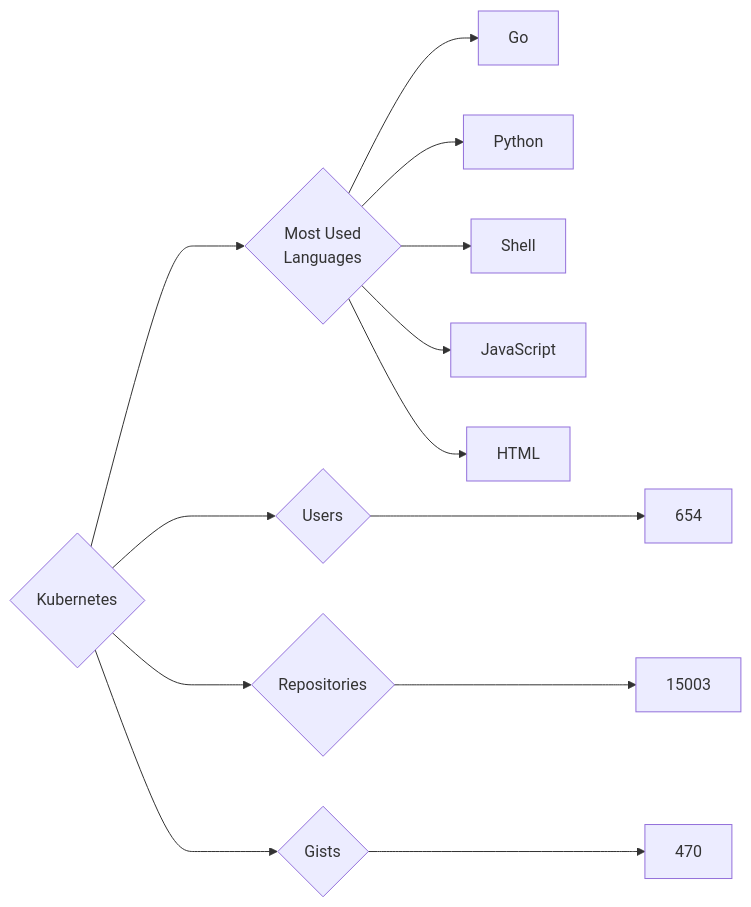
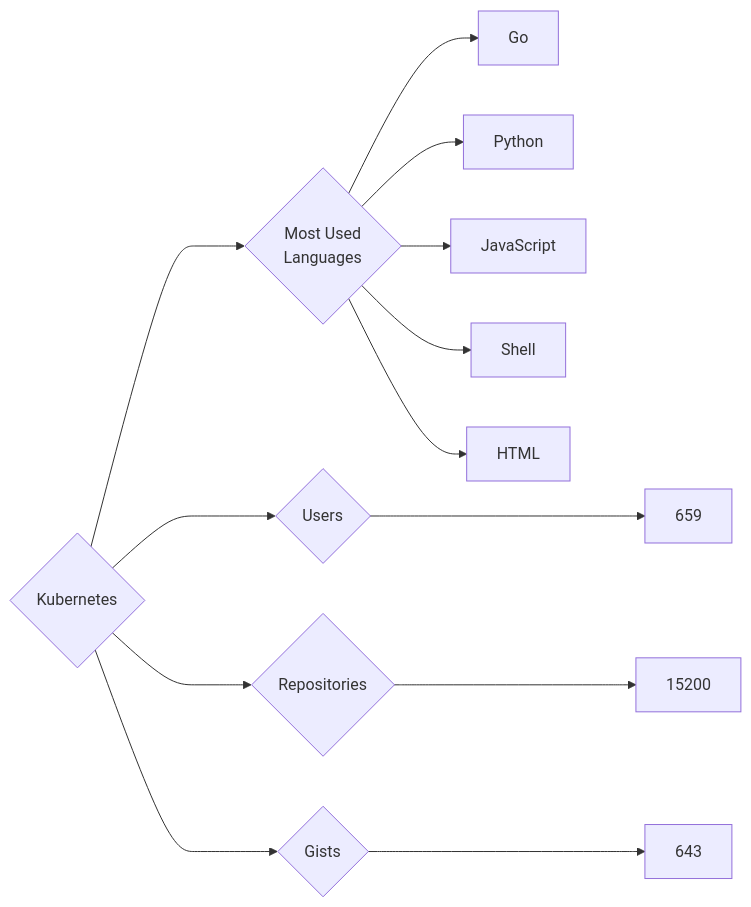
The diagram in targets/Kubernetes/README.md (trickest/insiders), drawn with Mermaid before and after one commit. The commit also changed 814 other files, not shown here.

````diff
--- a/targets/Kubernetes/README.md
+++ b/targets/Kubernetes/README.md
@@ -3,13 +3,13 @@
 ```mermaid
 graph LR
 COMPANY_NAME{Kubernetes}
-COMPANY_NAME ---> U{Users} ---> UN[654]
-COMPANY_NAME ---> R{Repositories} ---> RN[15003]
-COMPANY_NAME ---> G{Gists} ---> GN[470]
+COMPANY_NAME ---> U{Users} ---> UN[659]
+COMPANY_NAME ---> R{Repositories} ---> RN[15200]
+COMPANY_NAME ---> G{Gists} ---> GN[643]
 COMPANY_NAME ---> ML{Most Used<br>Languages}
 ML --> Go[Go]
 ML --> Python[Python]
+ML --> JavaScript[JavaScript]
 ML --> Shell[Shell]
-ML --> JavaScript[JavaScript]
 ML --> HTML[HTML]
 ```
````
